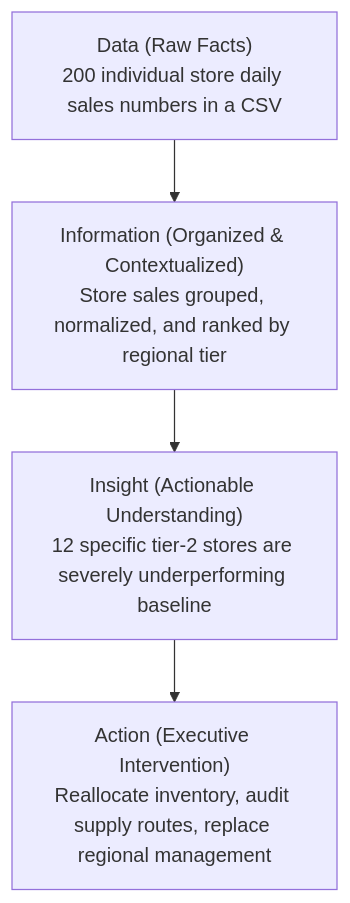
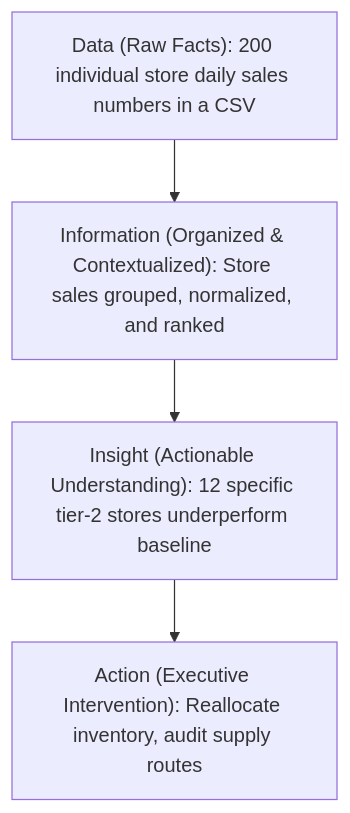
The fourth of 27 diagrams in notes/data_analysis/Unit_2_notes.md (DeepLumiere/DeepSkills), drawn with Mermaid before and after one commit. The commit also changed other lines of this file and 56 other files, not shown here.

````diff
--- a/notes/data_analysis/Unit_2_notes.md
+++ b/notes/data_analysis/Unit_2_notes.md
@@ -375,6 +375,6 @@
 ```mermaid
 flowchart TD
-    D["Data (Raw Facts)<br/>200 individual store daily sales numbers in a CSV"] --> I["Information (Organized & Contextualized)<br/>Store sales grouped, normalized, and ranked by regional tier"]
-    I --> IN["Insight (Actionable Understanding)<br/>12 specific tier-2 stores are severely underperforming baseline"]
-    IN --> A["Action (Executive Intervention)<br/>Reallocate inventory, audit supply routes, replace regional management"]
+    D["Data (Raw Facts): 200 individual store daily sales numbers in a CSV"] --> I["Information (Organized & Contextualized): Store sales grouped, normalized, and ranked"]
+    I --> IN["Insight (Actionable Understanding): 12 specific tier-2 stores underperform baseline"]
+    IN --> A["Action (Executive Intervention): Reallocate inventory, audit supply routes"]
 ```
````
